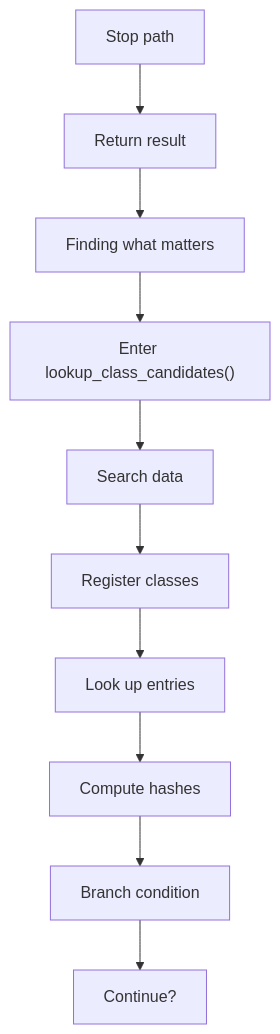
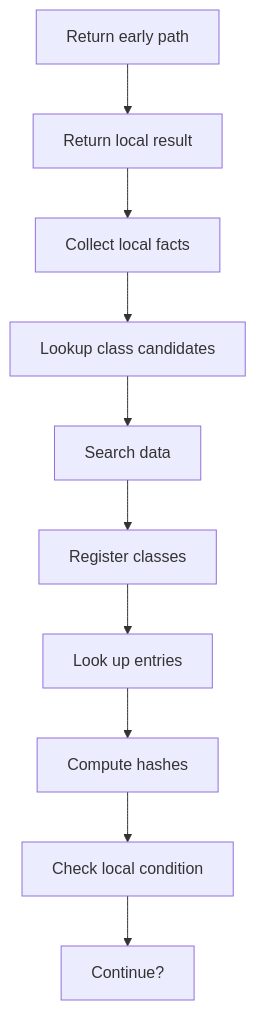
The third of 5 diagrams in docs/Codebase/Microservice/Modules/Source/HashingMechanism/HashLinks/Collect/Flow/hash_links_collect_program_flow.cpp.md (JohnAndrewBalbarosa/NeoTerritory), drawn with Mermaid before and after one commit. The commit also changed other lines of this file and 925 other files, not shown here.

````diff
--- a/docs/Codebase/Microservice/Modules/Source/HashingMechanism/HashLinks/Collect/Flow/hash_links_collect_program_flow.cpp.md
+++ b/docs/Codebase/Microservice/Modules/Source/HashingMechanism/HashLinks/Collect/Flow/hash_links_collect_program_flow.cpp.md
@@ -67,22 +67,22 @@
 ```mermaid
 flowchart TD
-    N0["Stop path"]
-    N1["Return result"]
-    N2["Finding what matters"]
-    N3["Enter lookup_class_candidates()"]
+    N0["Return early path"]
+    N1["Return local result"]
+    N2["Collect local facts"]
+    N3["Lookup class candidates"]
     N4["Search data"]
     N5["Register classes"]
     N6["Look up entries"]
     N7["Compute hashes"]
-    N8["Branch condition"]
+    N8["Check local condition"]
     N9["Continue?"]
     N0 --> N1
     N1 --> N2
     N2 --> N3
     N3 --> N4
     N4 --> N5
     N5 --> N6
     N6 --> N7
     N7 --> N8
     N8 --> N9
 ```
````
